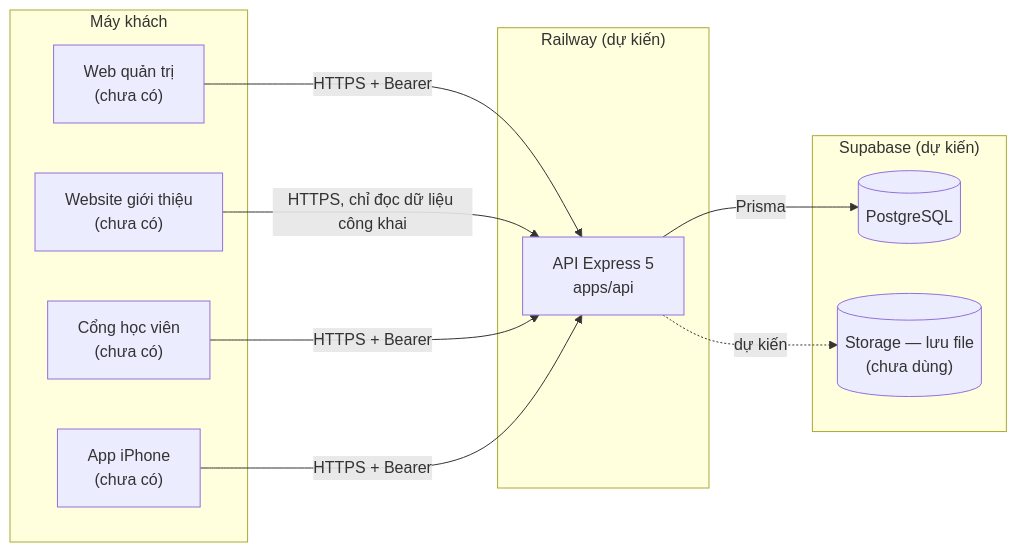
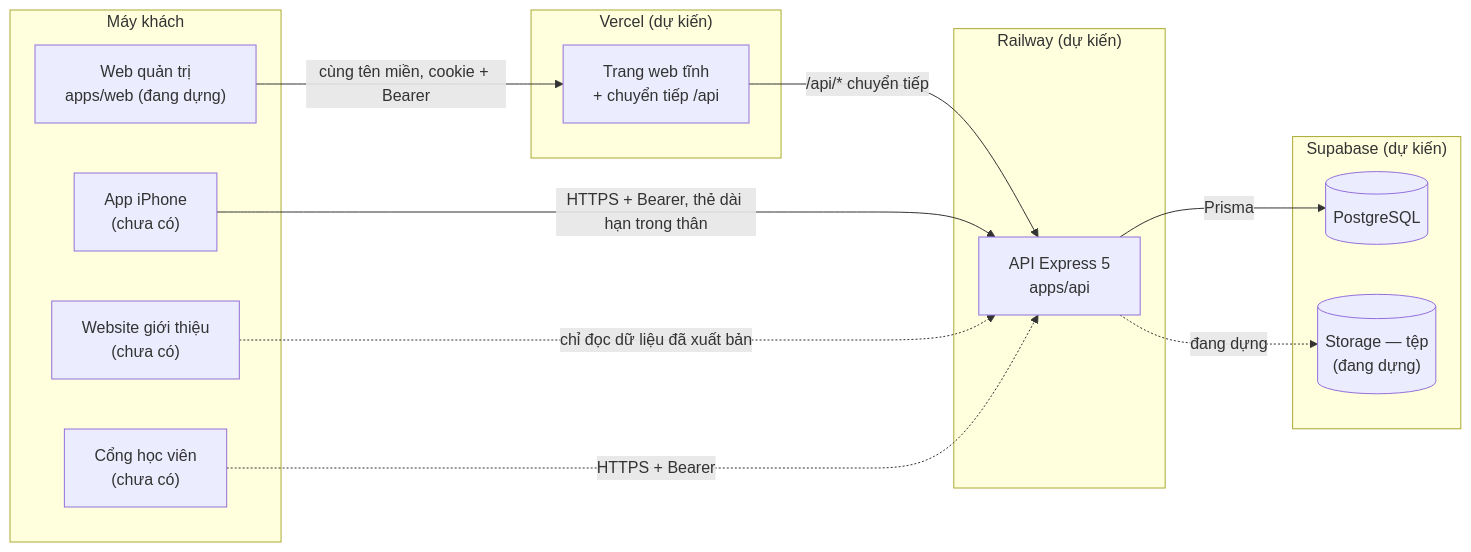
One commit to SSSTUDIO96/a changed the diagram in docs/ARCHITECTURE.md. Above: the diagram before and after it, drawn with Mermaid. The commit also changed other lines of this file and 93 other files, not shown here.

First line of the commit message:
WIP các thợ đang làm — CHƯA nghiệm thu, bản chụp hiện trạng (hồ sơ thương hiệu của thợ A đã báo xong, chờ cửa gác có mã tệp mẫu)

````diff
--- a/docs/ARCHITECTURE.md
+++ b/docs/ARCHITECTURE.md
@@ -39,22 +39,26 @@
 ```mermaid
 flowchart LR
   subgraph May_khach["Máy khách"]
-    W["Web quản trị<br/>(chưa có)"]
+    W["Web quản trị<br/>apps/web (đang dựng)"]
     S["Website giới thiệu<br/>(chưa có)"]
     P["Cổng học viên<br/>(chưa có)"]
     I["App iPhone<br/>(chưa có)"]
+  end
+  subgraph Vercel["Vercel (dự kiến)"]
+    V["Trang web tĩnh<br/>+ chuyển tiếp /api"]
   end
   subgraph Railway["Railway (dự kiến)"]
     A["API Express 5<br/>apps/api"]
   end
   subgraph Supabase["Supabase (dự kiến)"]
     D[("PostgreSQL")]
-    F[("Storage — lưu file<br/>(chưa dùng)")]
+    F[("Storage — tệp<br/>(đang dựng)")]
   end
-  W -- "HTTPS + Bearer" --> A
-  S -- "HTTPS, chỉ đọc dữ liệu công khai" --> A
-  P -- "HTTPS + Bearer" --> A
-  I -- "HTTPS + Bearer" --> A
+  W -- "cùng tên miền, cookie + Bearer" --> V
+  V -- "/api/* chuyển tiếp" --> A
+  I -- "HTTPS + Bearer, thẻ dài hạn trong thân" --> A
+  S -. "chỉ đọc dữ liệu đã xuất bản" .-> A
+  P -. "HTTPS + Bearer" .-> A
   A -- "Prisma" --> D
-  A -. "dự kiến" .-> F
+  A -. "đang dựng" .-> F
 ```
````
